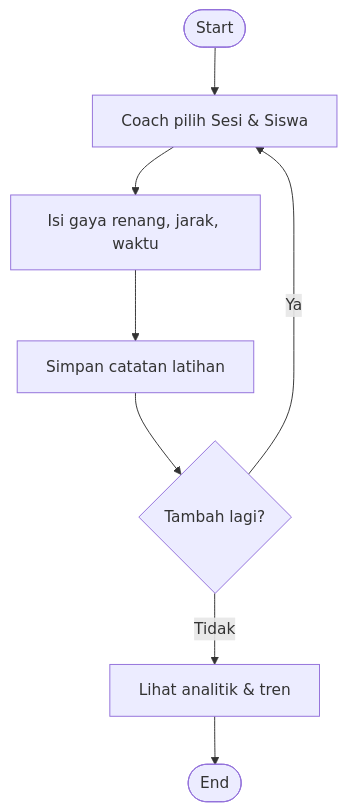
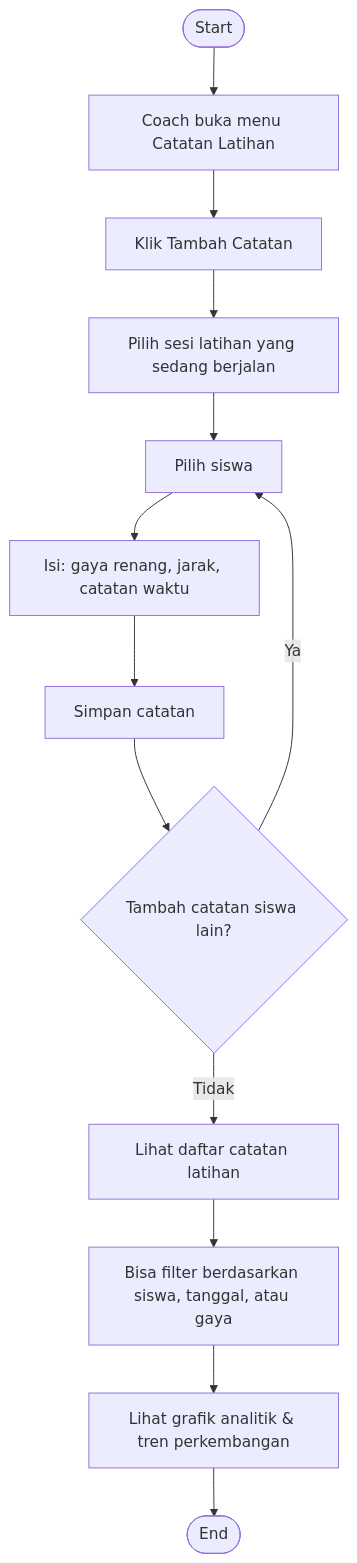
The fifth of 11 diagrams in docs/alur-sistem.md (Hendrasetyawan1945/sistem-manajemen-kolam), drawn with Mermaid before and after one commit. The commit also changed other lines of this file and 1 other file, not shown here.

````diff
--- a/docs/alur-sistem.md
+++ b/docs/alur-sistem.md
@@ -51,10 +135,15 @@
 ```mermaid
 flowchart TD
-    A([Start]) --> B[Coach pilih Sesi & Siswa]
-    B --> C[Isi gaya renang, jarak, waktu]
-    C --> D[Simpan catatan latihan]
-    D --> E{Tambah lagi?}
-    E -->|Ya| B
-    E -->|Tidak| F[Lihat analitik & tren]
-    F --> G([End])
+    A([Start]) --> B[Coach buka menu Catatan Latihan]
+    B --> C[Klik Tambah Catatan]
+    C --> D[Pilih sesi latihan yang sedang berjalan]
+    D --> E[Pilih siswa]
+    E --> F[Isi: gaya renang, jarak, catatan waktu]
+    F --> G[Simpan catatan]
+    G --> H{Tambah catatan siswa lain?}
+    H -->|Ya| E
+    H -->|Tidak| I[Lihat daftar catatan latihan]
+    I --> J[Bisa filter berdasarkan siswa, tanggal, atau gaya]
+    J --> K[Lihat grafik analitik & tren perkembangan]
+    K --> L([End])
 ```
````
